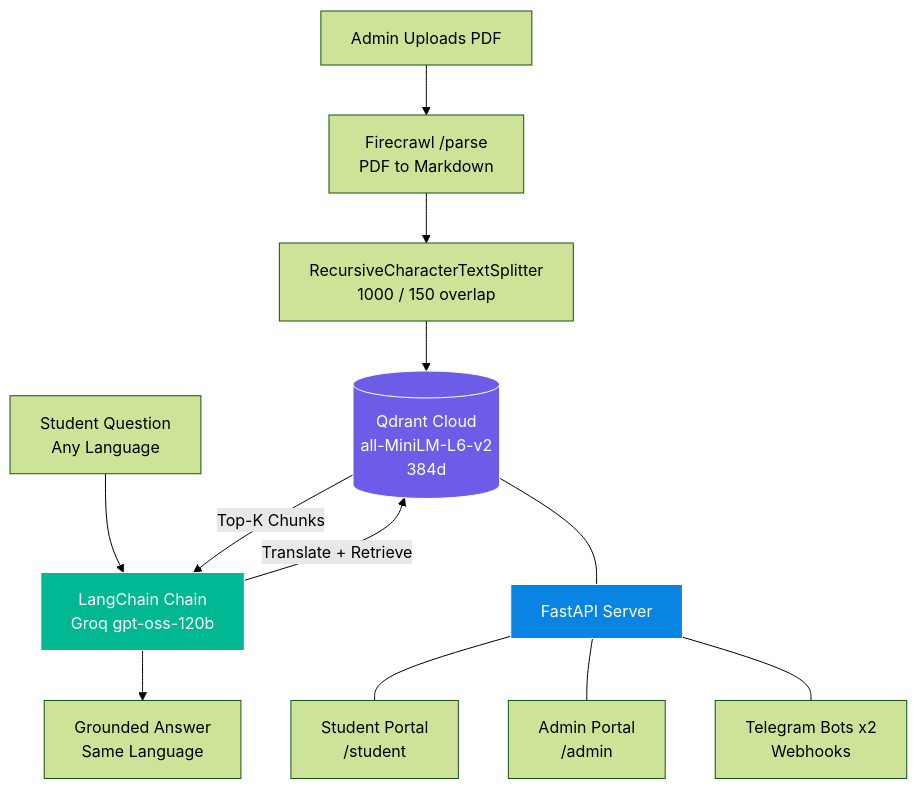
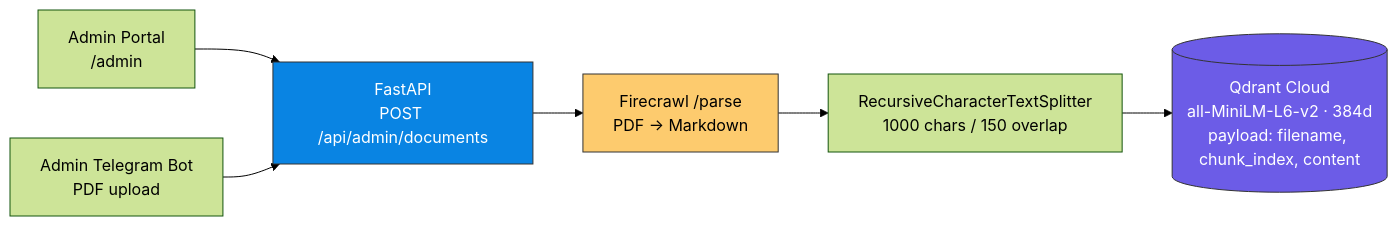
One commit to Kamal-Nayan-Kumar/campus_saathi changed the first of 3 diagrams in README.md. Above: the diagram before and after it, drawn with Mermaid (forest theme). The commit also changed other lines of this file, not shown here.

Commit message:
docs: update README — split architecture, multilingual flow, telegram links, real screenshots

````diff
--- a/README.md
+++ b/README.md
@@ -40,20 +44,12 @@
 ```mermaid
-flowchart TD
-    A[Admin Uploads PDF] --> B[Firecrawl /parse<br/>PDF to Markdown]
-    B --> C[RecursiveCharacterTextSplitter<br/>1000 / 150 overlap]
-    C --> D[(Qdrant Cloud<br/>all-MiniLM-L6-v2<br/>384d)]
+flowchart LR
+    A1[Admin Portal<br>/admin] --> API[FastAPI<br/>POST /api/admin/documents]
+    A2[Admin Telegram Bot<br/>PDF upload] --> API
+    API --> B[Firecrawl /parse<br/>PDF → Markdown]
+    B --> C[RecursiveCharacterTextSplitter<br/>1000 chars / 150 overlap]
+    C --> D[(Qdrant Cloud<br/>all-MiniLM-L6-v2 · 384d<br/>payload: filename, chunk_index, content)]
 
-    E[Student Question<br/>Any Language] --> F[LangChain Chain<br/>Groq gpt-oss-120b]
-    F -->|Translate + Retrieve| D
-    D -->|Top-K Chunks| F
-    F --> G[Grounded Answer<br/>Same Language]
-
-    D --- H[FastAPI Server]
-    H --- I[Student Portal<br>/student]
-    H --- J[Admin Portal<br>/admin]
-    H --- K[Telegram Bots x2<br/>Webhooks]
-
-    style D fill:#6C5CE7,stroke:#fff,color:#fff
-    style F fill:#00B894,stroke:#fff,color:#fff
-    style H fill:#0984E3,stroke:#fff,color:#fff
+    style D fill:#6C5CE7,stroke:#333,color:#fff
+    style API fill:#0984E3,stroke:#333,color:#fff
+    style B fill:#FDCB6E,stroke:#333,color:#000
 ```
````
